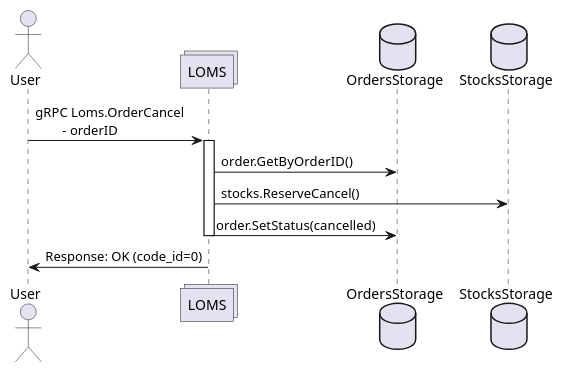
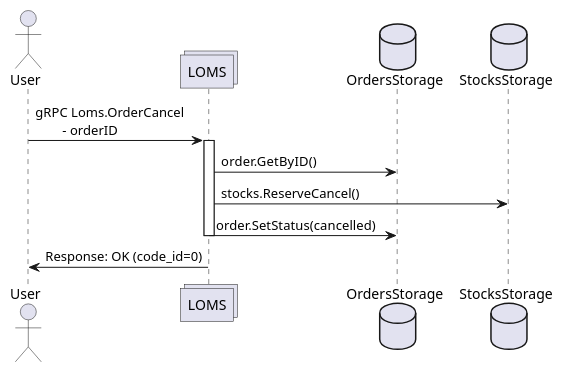
The diagram in docs/homework-3/img/loms-order-cancel.plantuml (DimaSidorenko/logistics-platform), drawn with PlantUML before and after one commit. The commit also changed 4 other files, not shown here.

```diff
--- a/docs/homework-3/img/loms-order-cancel.plantuml
+++ b/docs/homework-3/img/loms-order-cancel.plantuml
@@ -1,18 +1,18 @@
 @startuml
 
 actor User as u
 collections LOMS as l
 database OrdersStorage as os
 database StocksStorage as ss
 
 u -> l : gRPC Loms.OrderCancel\n\t- orderID
 activate l
 
-l -> os : order.GetByOrderID()
+l -> os : order.GetByID()
 l -> ss : stocks.ReserveCancel()
 l -> os : order.SetStatus(cancelled)
 deactivate l
 
 l -> u : Response: OK (code_id=0)
 
 @enduml
```
